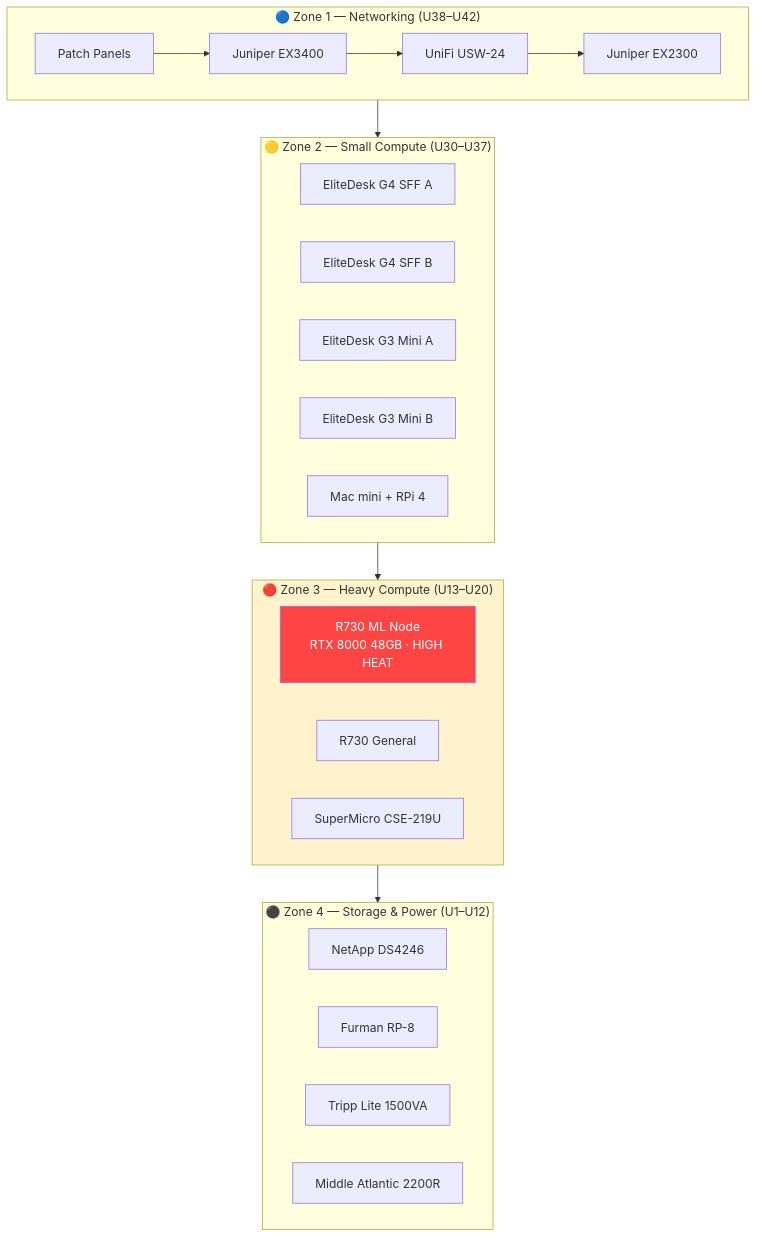
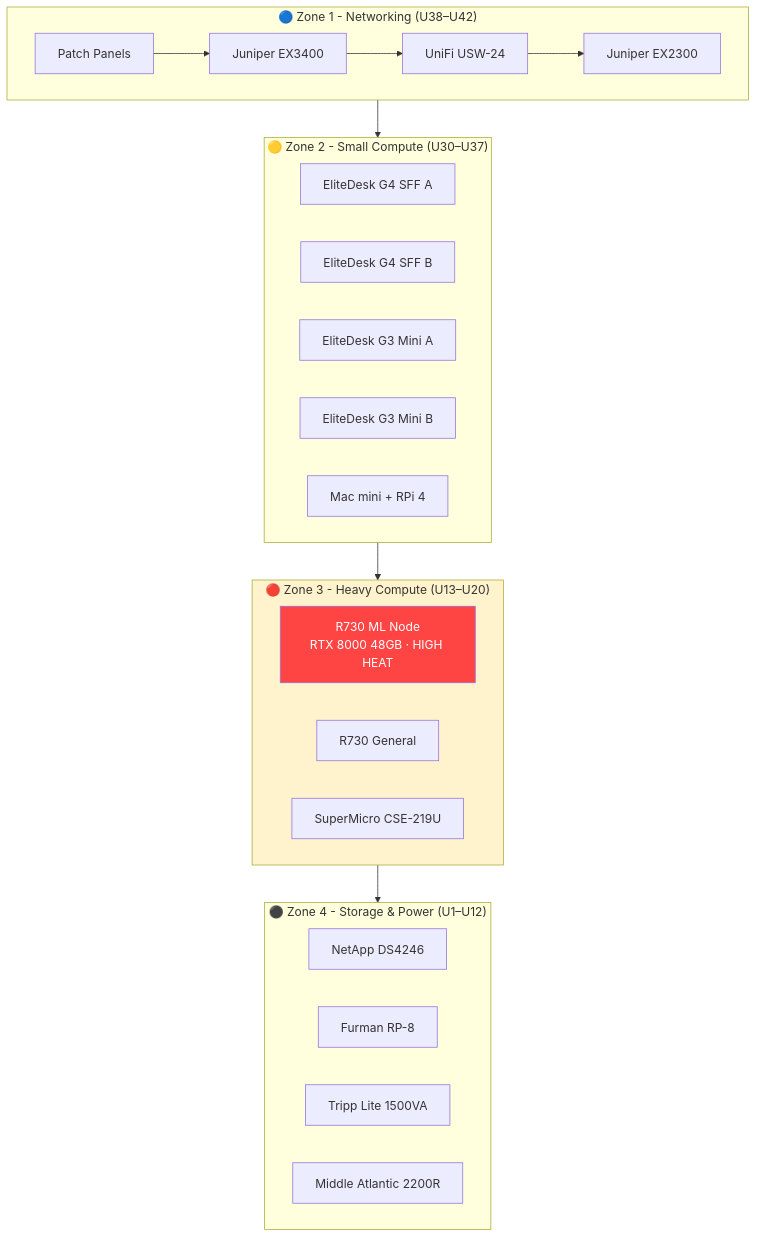
Before and after one commit to machismo0311/Home-Lab: the diagram in vault/Rack Layout.md, drawn with Mermaid. The commit also changed other lines of this file and 55 other files, not shown here.

Commit message:
vault: remove em dashes throughout (em dash -> hyphen, prose + docs); preserve en-dash ranges, ASCII alignment, mermaid, and links

````diff
--- a/vault/Rack Layout.md
+++ b/vault/Rack Layout.md
@@ -74,33 +74,33 @@
 ```mermaid
 flowchart TB
-    subgraph TOP["🔵 Zone 1 — Networking (U38–U42)"]
+    subgraph TOP["🔵 Zone 1 - Networking (U38–U42)"]
         P1[Patch Panels] --> EX3400[Juniper EX3400]
         EX3400 --> USW[UniFi USW-24]
         USW --> EX2300[Juniper EX2300]
     end
 
-    subgraph MID_HIGH["🟡 Zone 2 — Small Compute (U30–U37)"]
+    subgraph MID_HIGH["🟡 Zone 2 - Small Compute (U30–U37)"]
         G4A[EliteDesk G4 SFF A] 
         G4B[EliteDesk G4 SFF B]
         G3A[EliteDesk G3 Mini A]
         G3B[EliteDesk G3 Mini B]
         MAC[Mac mini + RPi 4]
     end
 
-    subgraph MID_LOW["🔴 Zone 3 — Heavy Compute (U13–U20)"]
+    subgraph MID_LOW["🔴 Zone 3 - Heavy Compute (U13–U20)"]
         R730ML[R730 ML Node\nRTX 8000 48GB · HIGH HEAT]
         R730GEN[R730 General]
         SM[SuperMicro CSE-219U]
     end
 
-    subgraph BOTTOM["⚫ Zone 4 — Storage & Power (U1–U12)"]
+    subgraph BOTTOM["⚫ Zone 4 - Storage & Power (U1–U12)"]
         DS4246[NetApp DS4246]
         FURMAN[Furman RP-8]
         UPS_A[Tripp Lite 1500VA]
         UPS_B[Middle Atlantic 2200R]
     end
 
     TOP --> MID_HIGH --> MID_LOW --> BOTTOM
     style R730ML fill:#ff4444,color:#fff
     style MID_LOW fill:#fff3cd
 ```
````
